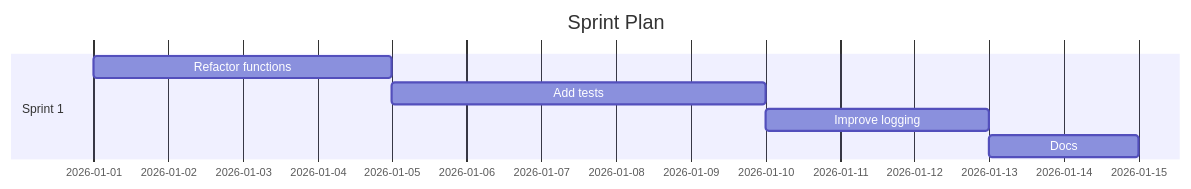
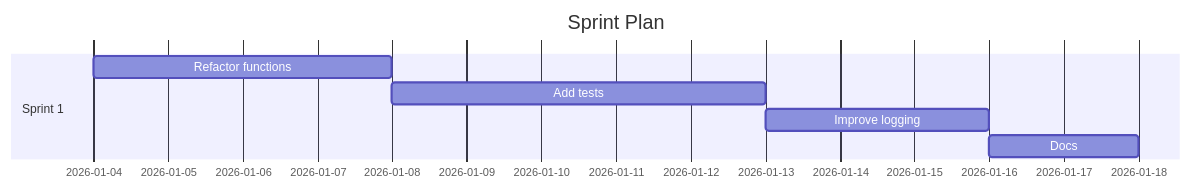
The diagram in demos/demo-code-analysis.sprint.md (Anselmoo/mcp-ai-agent-guidelines), drawn with Mermaid before and after one commit. The commit also changed other lines of this file and 21 other files, not shown here.

````diff
--- a/demos/demo-code-analysis.sprint.md
+++ b/demos/demo-code-analysis.sprint.md
@@ -59,11 +59,11 @@
 ```mermaid
 gantt
 	dateFormat  YYYY-MM-DD
 	title Sprint Plan
 %% Accessibility: Title=Project Sprint Plan; Description=Gantt chart of sprints and tasks over time. %%
   section Sprint 1
-  Refactor functions :s1t0, 2026-01-01, 4d
-  Add tests :s1t1, 2026-01-05, 5d
-  Improve logging :s1t2, 2026-01-10, 3d
-  Docs :s1t3, 2026-01-13, 2d
+  Refactor functions :s1t0, 2026-01-04, 4d
+  Add tests :s1t1, 2026-01-08, 5d
+  Improve logging :s1t2, 2026-01-13, 3d
+  Docs :s1t3, 2026-01-16, 2d
 ```
````
